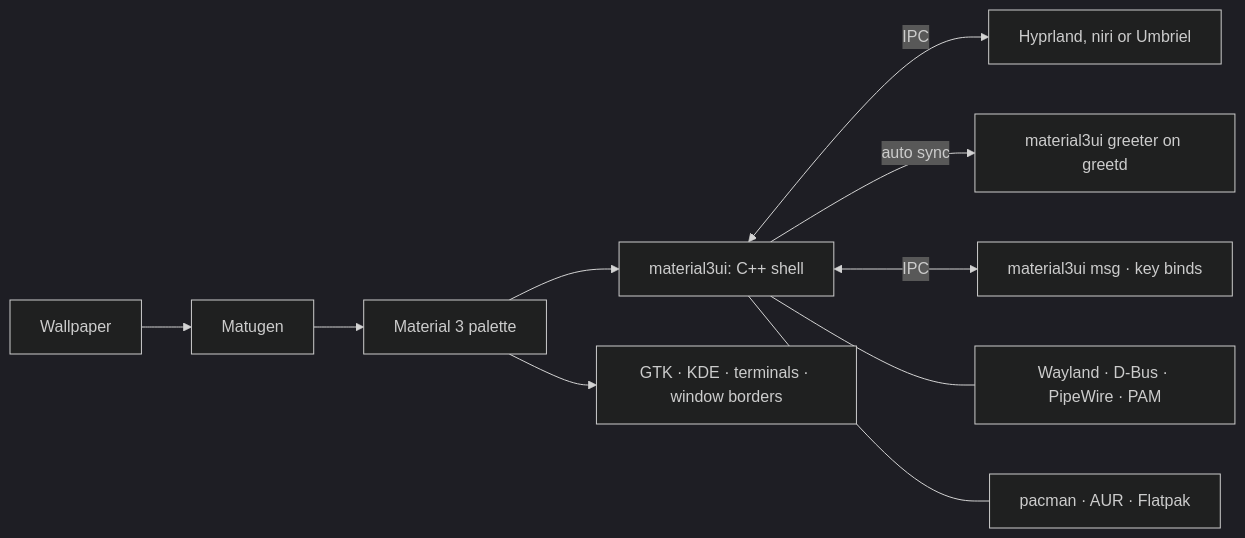
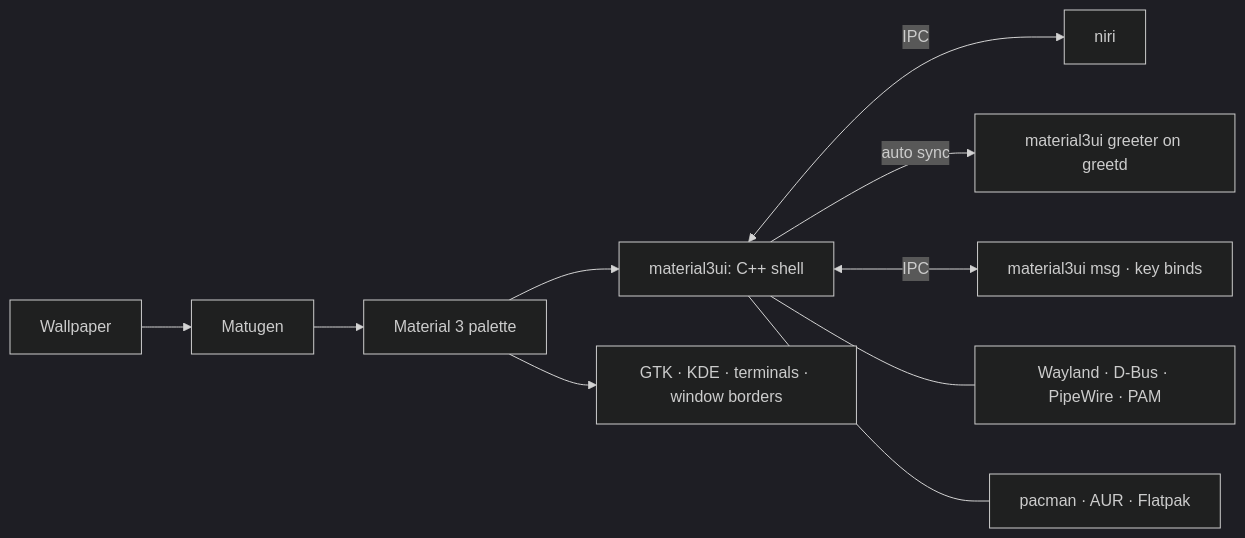
Before and after one commit to Abijspy/material3-android-shell: the diagram in README.md, drawn with Mermaid (dark theme). The commit also changed other lines of this file and 149 other files, not shown here.

````diff
--- a/README.md
+++ b/README.md
@@ -312,11 +288,11 @@
 ```mermaid
 flowchart LR
     W[Wallpaper] --> M[Matugen] --> P[Material 3 palette]
     P --> S[material3ui: C++ shell]
     P --> A[GTK · KDE · terminals · window borders]
-    S <-- IPC --> H[Hyprland, niri or Umbriel]
+    S <-- IPC --> H[niri]
     S -- auto sync --> G[material3ui greeter on greetd]
     S <-- IPC --> C[material3ui msg · key binds]
     S --- X[Wayland · D-Bus · PipeWire · PAM]
     S --- U[pacman · AUR · Flatpak]
 ```
````
